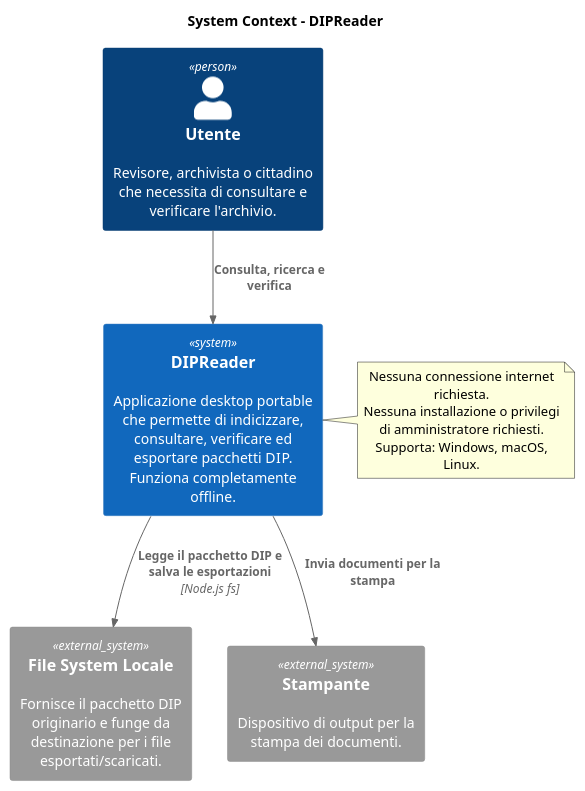
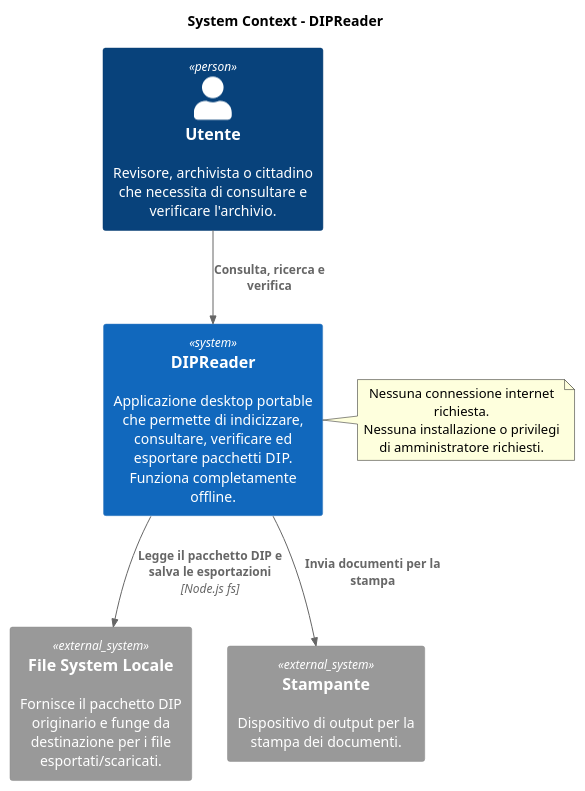
One commit to 7-ZPUs/Docs changed the diagram in 3_PB/DocumentiEsterni/DiagrammiSpecificaTecnica/C1_system.puml. Above: the diagram before and after it, drawn with PlantUML. The commit also changed 212 other files, not shown here.

```diff
--- a/3_PB/DocumentiEsterni/DiagrammiSpecificaTecnica/C1_system.puml
+++ b/3_PB/DocumentiEsterni/DiagrammiSpecificaTecnica/C1_system.puml
@@ -1,20 +1,19 @@
 @startuml
 !include https://raw.githubusercontent.com/plantuml-stdlib/C4-PlantUML/master/C4_Context.puml
 title System Context – DIPReader
 
 Person(user, "Utente", "Revisore, archivista o cittadino che necessita di consultare e verificare l'archivio.")
 System(dipreader, "DIPReader", "Applicazione desktop portable che permette di indicizzare, consultare, verificare ed esportare pacchetti DIP. Funziona completamente offline.")
 System_Ext(filesystem, "File System Locale", "Fornisce il pacchetto DIP originario e funge da destinazione per i file esportati/scaricati.")
 System_Ext(printer, "Stampante", "Dispositivo di output per la stampa dei documenti.")
 
 Rel(user, dipreader, "Consulta, ricerca e verifica")
 Rel(dipreader, filesystem, "Legge il pacchetto DIP e salva le esportazioni", "Node.js fs")
 Rel(dipreader, printer, "Invia documenti per la stampa")
 
 note right of dipreader
   Nessuna connessione internet richiesta.
   Nessuna installazione o privilegi di amministratore richiesti.
-  Supporta: Windows, macOS, Linux.
 end note
 
 @enduml
```
